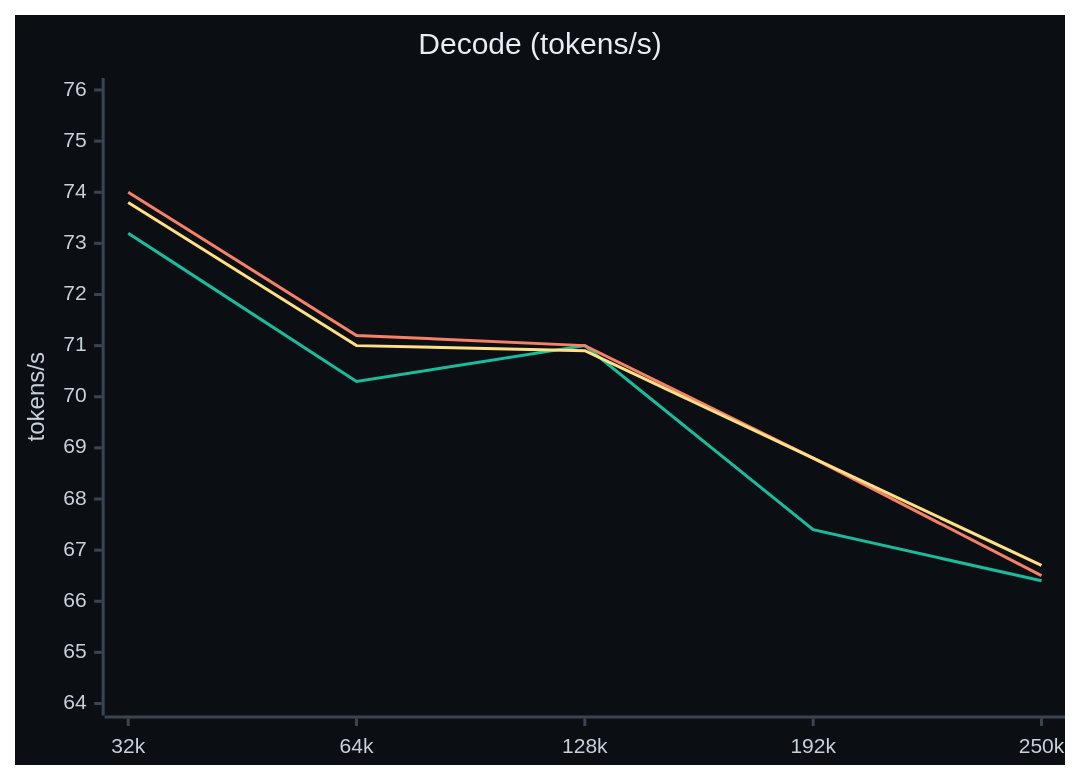
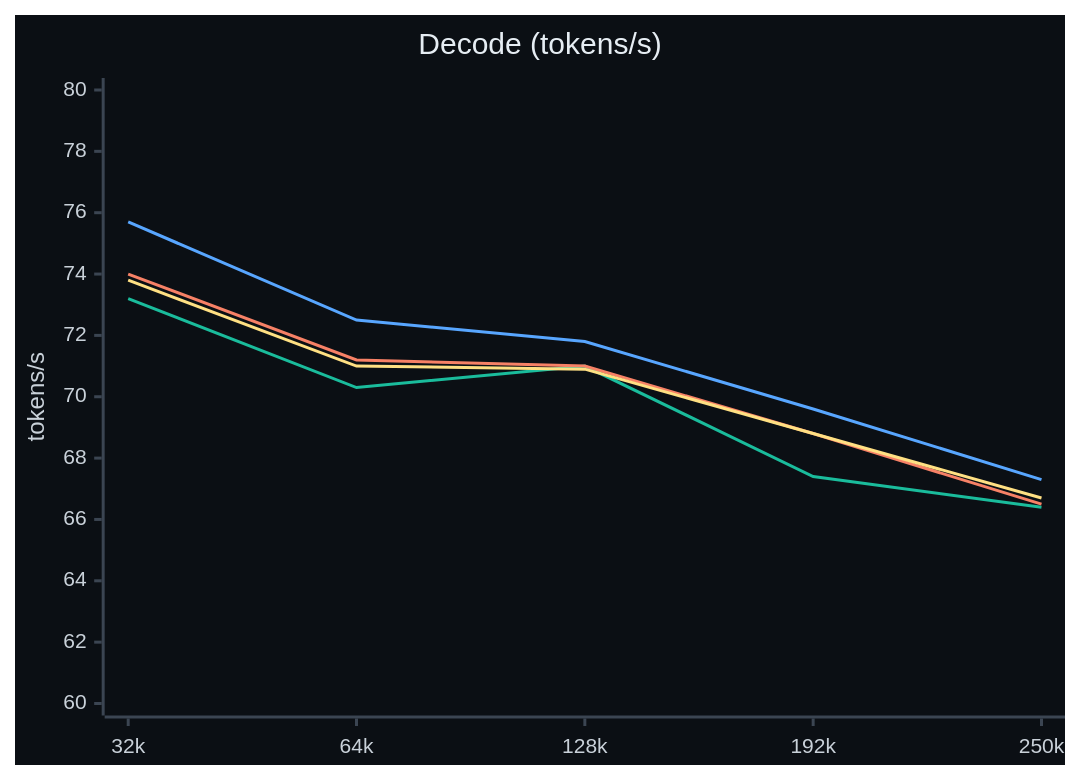
One commit to jaedync/crucible-strix-halo changed the fourth of 4 diagrams in docs/RESULTS.md. Above: the diagram before and after it, drawn with Mermaid. The commit also changed other lines of this file and 63 other files, not shown here.

````diff
--- a/docs/RESULTS.md
+++ b/docs/RESULTS.md
@@ -161,10 +167,11 @@
 ```mermaid
-%%{init: {"theme": "base", "themeVariables": {"xyChart": {"backgroundColor": "#0b0f14", "titleColor": "#e6edf3", "xAxisLabelColor": "#c9d1d9", "yAxisLabelColor": "#c9d1d9", "xAxisTitleColor": "#c9d1d9", "yAxisTitleColor": "#c9d1d9", "xAxisLineColor": "#3b4552", "yAxisLineColor": "#3b4552", "xAxisTickColor": "#3b4552", "yAxisTickColor": "#3b4552", "plotColorPalette": "#1abc9c, #f78166, #ffe083"}}}}%%
+%%{init: {"theme": "base", "themeVariables": {"xyChart": {"backgroundColor": "#0b0f14", "titleColor": "#e6edf3", "xAxisLabelColor": "#c9d1d9", "yAxisLabelColor": "#c9d1d9", "xAxisTitleColor": "#c9d1d9", "yAxisTitleColor": "#c9d1d9", "xAxisLineColor": "#3b4552", "yAxisLineColor": "#3b4552", "xAxisTickColor": "#3b4552", "yAxisTickColor": "#3b4552", "plotColorPalette": "#1abc9c, #f78166, #ffe083, #58a6ff"}}}}%%
 xychart-beta
     title "Decode (tokens/s)"
     x-axis ["32k", "64k", "128k", "192k", "250k"]
-    y-axis "tokens/s" 64 --> 76
+    y-axis "tokens/s" 60 --> 80
     line [73.2, 70.3, 71.0, 67.4, 66.4]
     line [74.0, 71.2, 71.0, 68.8, 66.5]
     line [73.8, 71.0, 70.9, 68.8, 66.7]
+    line [75.7, 72.5, 71.8, 69.6, 67.3]
 ```
````
